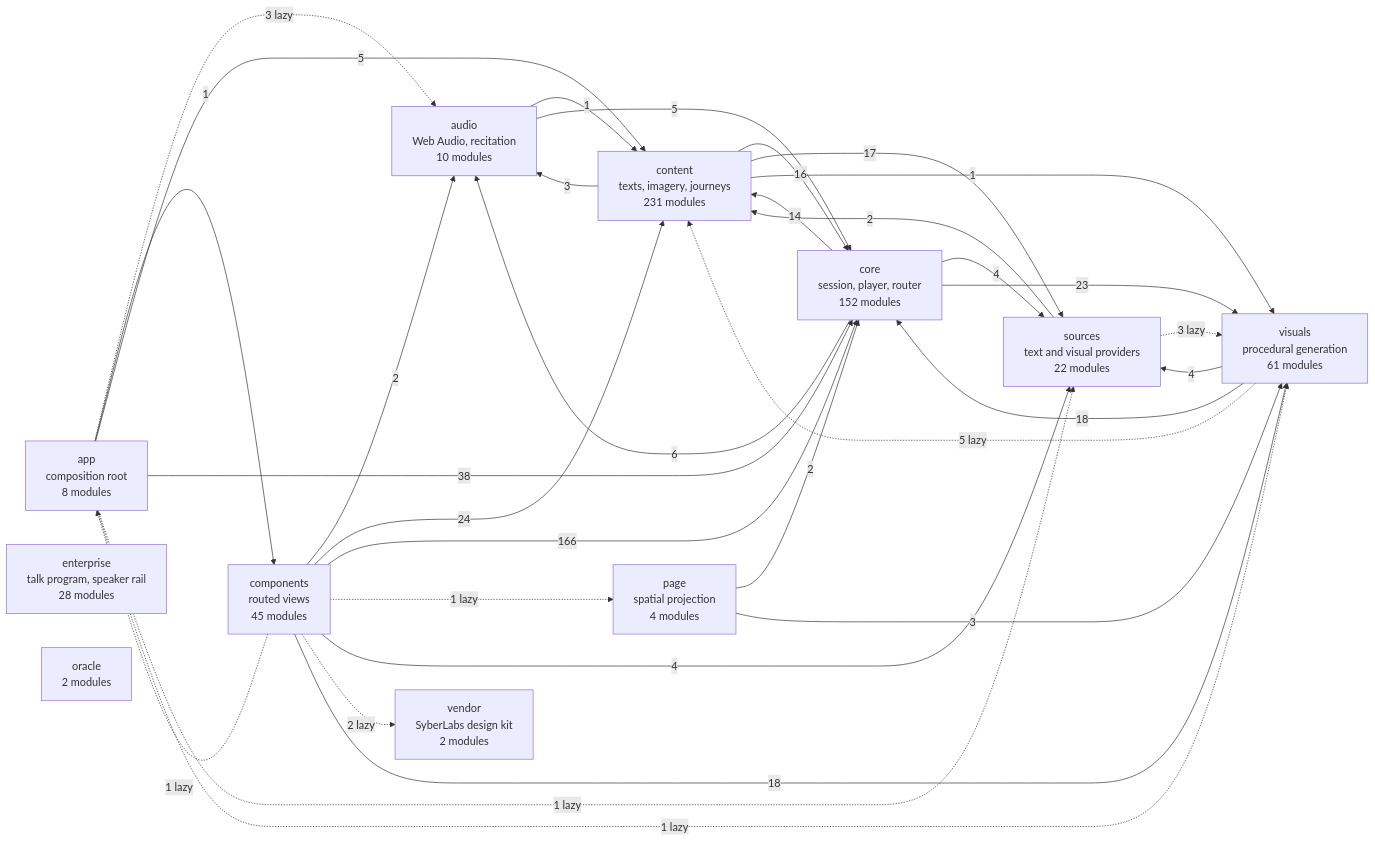
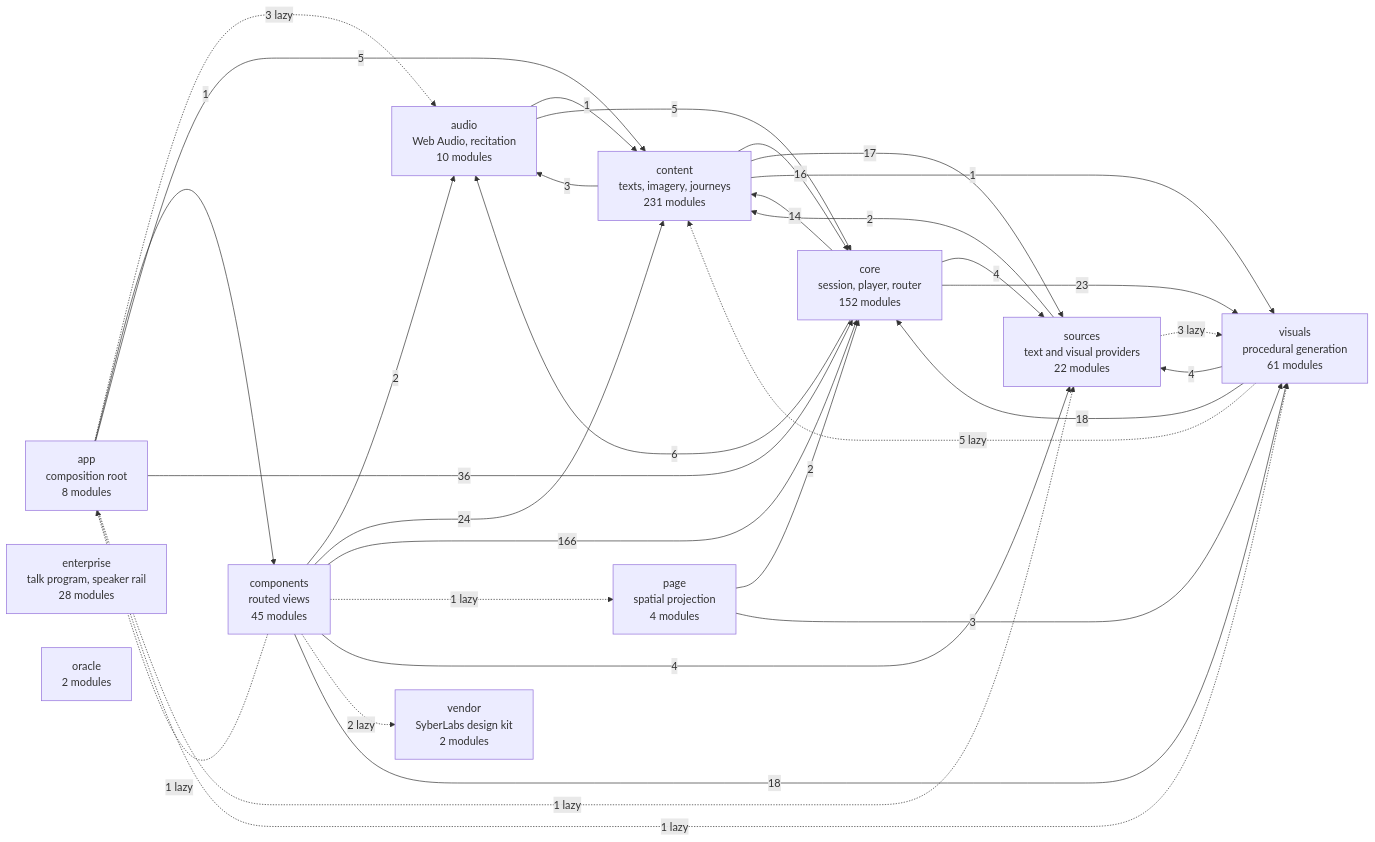
Before and after one commit to SyberLabs/RISE: the diagram in docs/specs/ARCHITECTURE.md, drawn with Mermaid.

Commit message:
Regenerate the architecture diagram after the two lazy imports

````diff
--- a/docs/specs/ARCHITECTURE.md
+++ b/docs/specs/ARCHITECTURE.md
@@ -160,46 +160,46 @@
 ```mermaid
 flowchart LR
     app["app<br/>composition root<br/>8 modules"]
     audio["audio<br/>Web Audio, recitation<br/>10 modules"]
     components["components<br/>routed views<br/>45 modules"]
     content["content<br/>texts, imagery, journeys<br/>231 modules"]
     core["core<br/>session, player, router<br/>152 modules"]
     enterprise["enterprise<br/>talk program, speaker rail<br/>28 modules"]
     oracle["oracle<br/>2 modules"]
     page["page<br/>spatial projection<br/>4 modules"]
     sources["sources<br/>text and visual providers<br/>22 modules"]
     vendor["vendor<br/>SyberLabs design kit<br/>2 modules"]
     visuals["visuals<br/>procedural generation<br/>61 modules"]
 
     app -.-> |3 lazy| audio
     app --> |1| components
     app --> |5| content
-    app --> |38| core
+    app --> |36| core
     app -.-> |1 lazy| sources
     app -.-> |1 lazy| visuals
     audio --> |1| content
     audio --> |5| core
     components -.-> |1 lazy| app
     components --> |2| audio
     components --> |24| content
     components --> |166| core
     components -.-> |1 lazy| page
     components --> |4| sources
     components -.-> |2 lazy| vendor
     components --> |18| visuals
     content --> |3| audio
     content --> |16| core
     content --> |17| sources
     content --> |1| visuals
     core --> |6| audio
     core --> |14| content
     core --> |4| sources
     core --> |23| visuals
     page --> |2| core
     page --> |3| visuals
     sources --> |2| content
     sources -.-> |3 lazy| visuals
     visuals -.-> |5 lazy| content
     visuals --> |18| core
     visuals --> |4| sources
 ```
````
